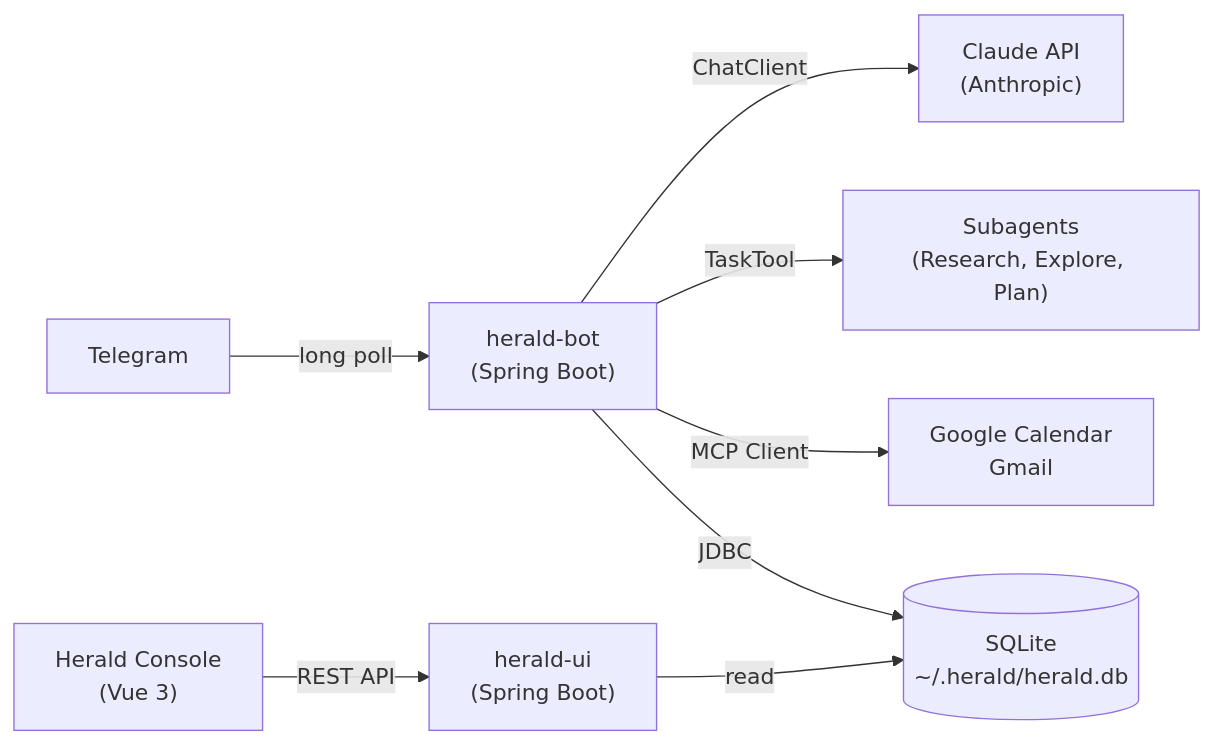
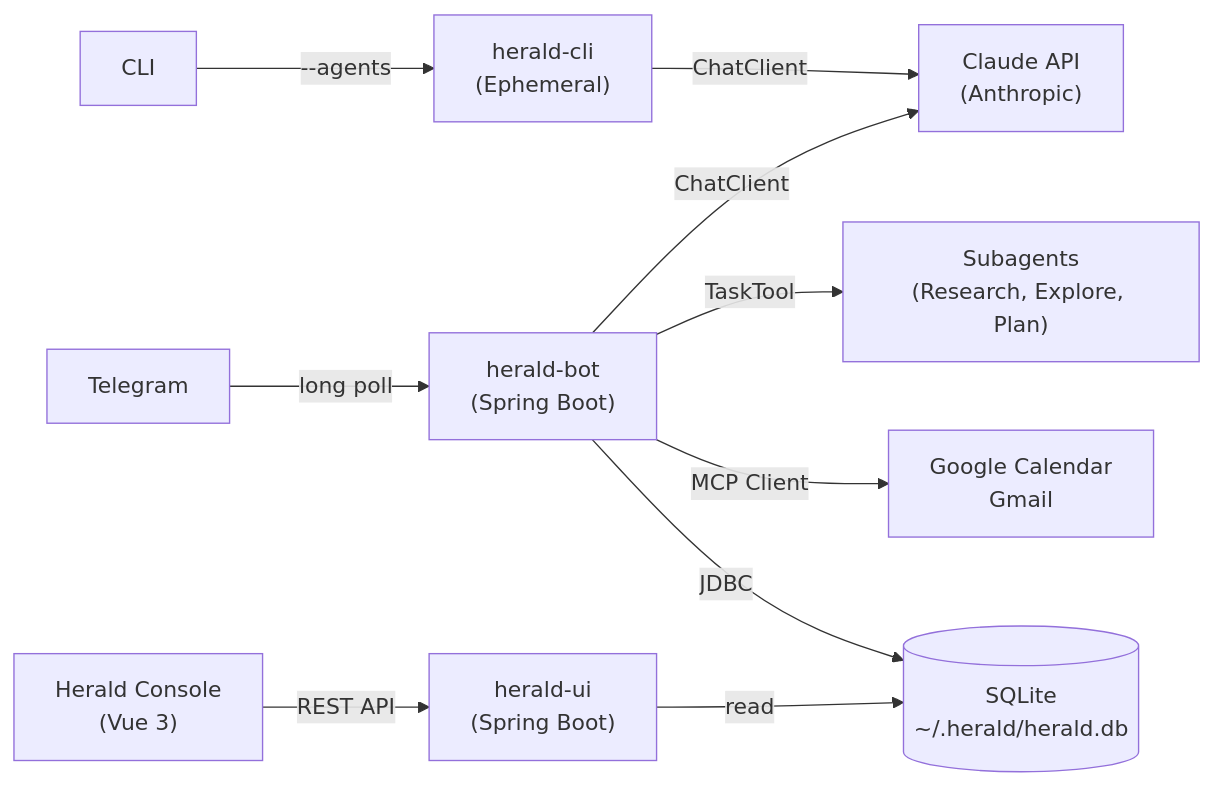
Before and after one commit to dbbaskette/herald: the first of 4 diagrams in README.md, drawn with Mermaid. The commit also changed other lines of this file, not shown here.

Commit message:
docs: update README to reflect modular architecture and dual-mode phases

````diff
--- a/README.md
+++ b/README.md
@@ -66,10 +66,12 @@
 ```mermaid
 flowchart LR
     A["Telegram"] -->|long poll| B["herald-bot<br/>(Spring Boot)"]
     B -->|ChatClient| C["Claude API<br/>(Anthropic)"]
     B -->|TaskTool| D["Subagents<br/>(Research, Explore, Plan)"]
     B -->|MCP Client| E["Google Calendar<br/>Gmail"]
     B -->|JDBC| F[("SQLite<br/>~/.herald/herald.db")]
     G["Herald Console<br/>(Vue 3)"] -->|REST API| H["herald-ui<br/>(Spring Boot)"]
     H -->|read| F
+    I["CLI"] -->|--agents| J["herald-cli<br/>(Ephemeral)"]
+    J -->|ChatClient| C
 ```
````
